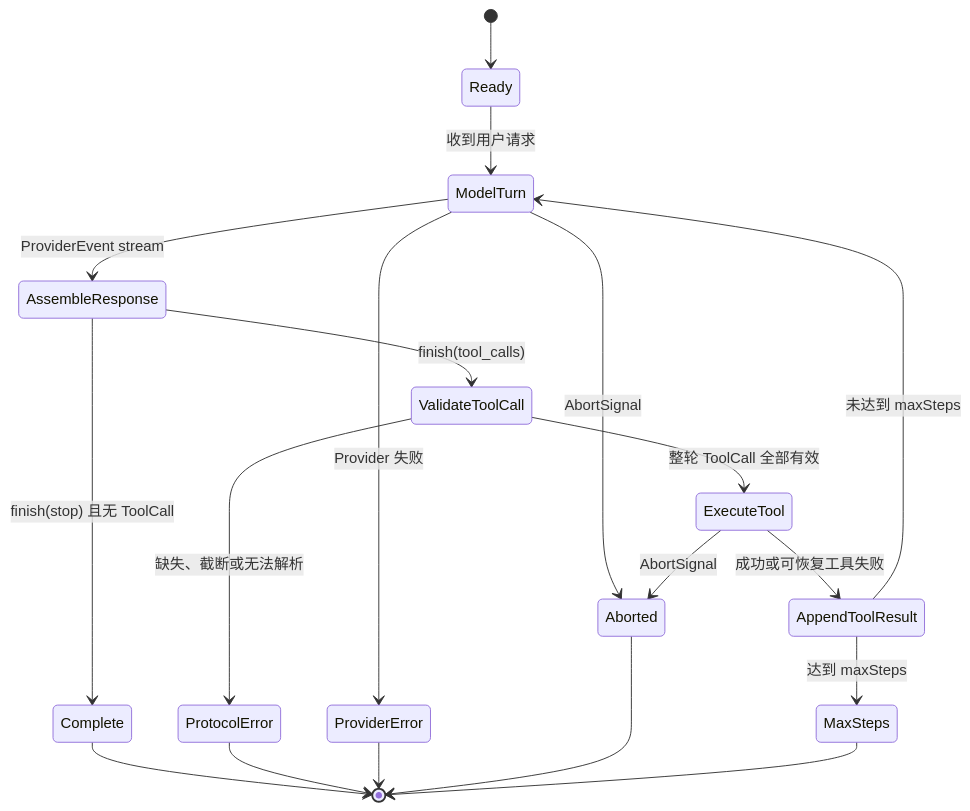
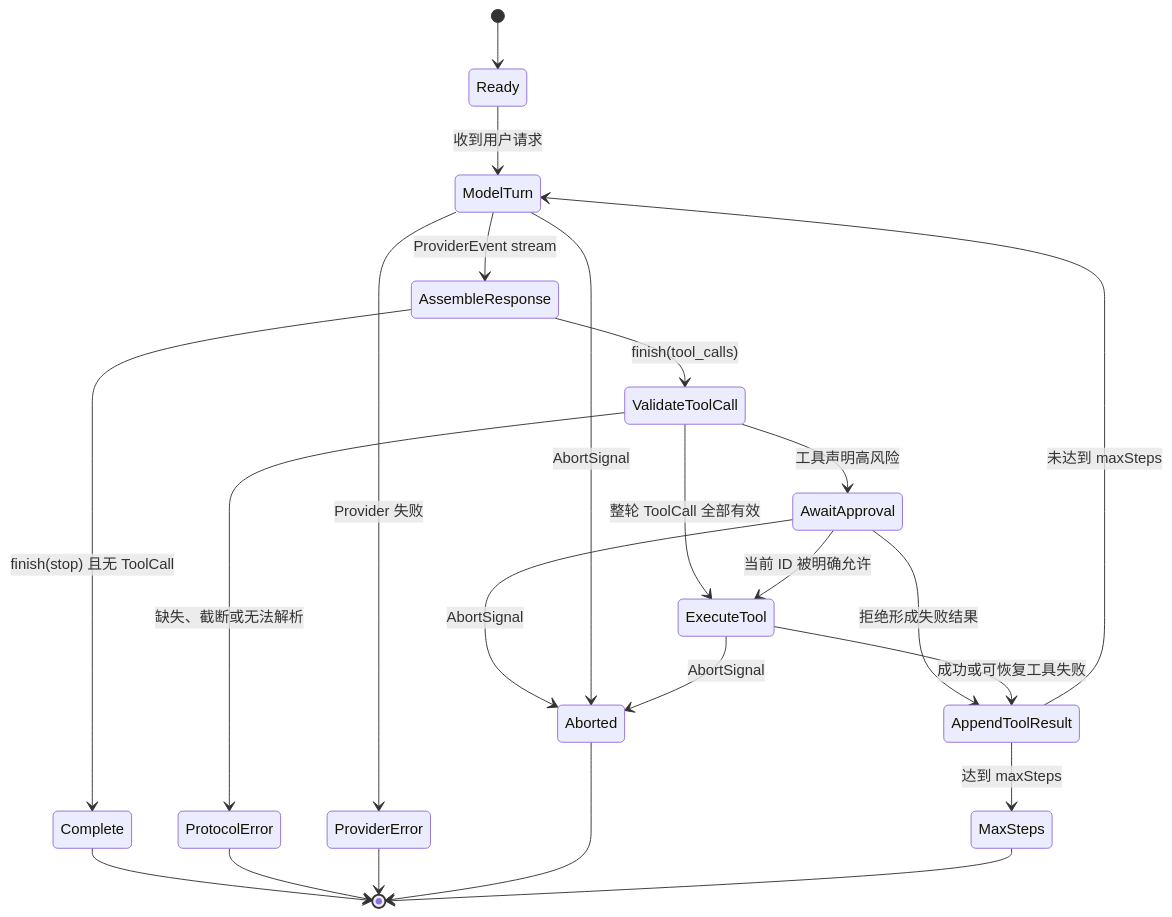
One commit to Ryanic-Chang/EasyCode changed the second of 2 diagrams in docs/ARCHITECTURE.md. Above: the diagram before and after it, drawn with Mermaid. The commit also changed other lines of this file and 39 other files, not shown here.

````diff
--- a/docs/ARCHITECTURE.md
+++ b/docs/ARCHITECTURE.md
@@ -223,21 +244,25 @@
 ```mermaid
 stateDiagram-v2
     [*] --> Ready
     Ready --> ModelTurn: 收到用户请求
     ModelTurn --> AssembleResponse: ProviderEvent stream
     AssembleResponse --> Complete: finish(stop) 且无 ToolCall
     AssembleResponse --> ValidateToolCall: finish(tool_calls)
     ValidateToolCall --> ExecuteTool: 整轮 ToolCall 全部有效
+    ValidateToolCall --> AwaitApproval: 工具声明高风险
+    AwaitApproval --> ExecuteTool: 当前 ID 被明确允许
+    AwaitApproval --> AppendToolResult: 拒绝形成失败结果
+    AwaitApproval --> Aborted: AbortSignal
     ValidateToolCall --> ProtocolError: 缺失、截断或无法解析
     ExecuteTool --> AppendToolResult: 成功或可恢复工具失败
     AppendToolResult --> ModelTurn: 未达到 maxSteps
     AppendToolResult --> MaxSteps: 达到 maxSteps
     ModelTurn --> ProviderError: Provider 失败
     ModelTurn --> Aborted: AbortSignal
     ExecuteTool --> Aborted: AbortSignal
     Complete --> [*]
     ProtocolError --> [*]
     ProviderError --> [*]
     Aborted --> [*]
     MaxSteps --> [*]
 ```
````
